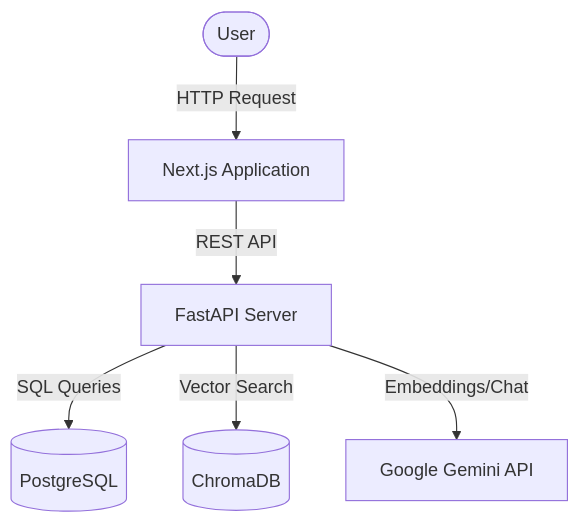
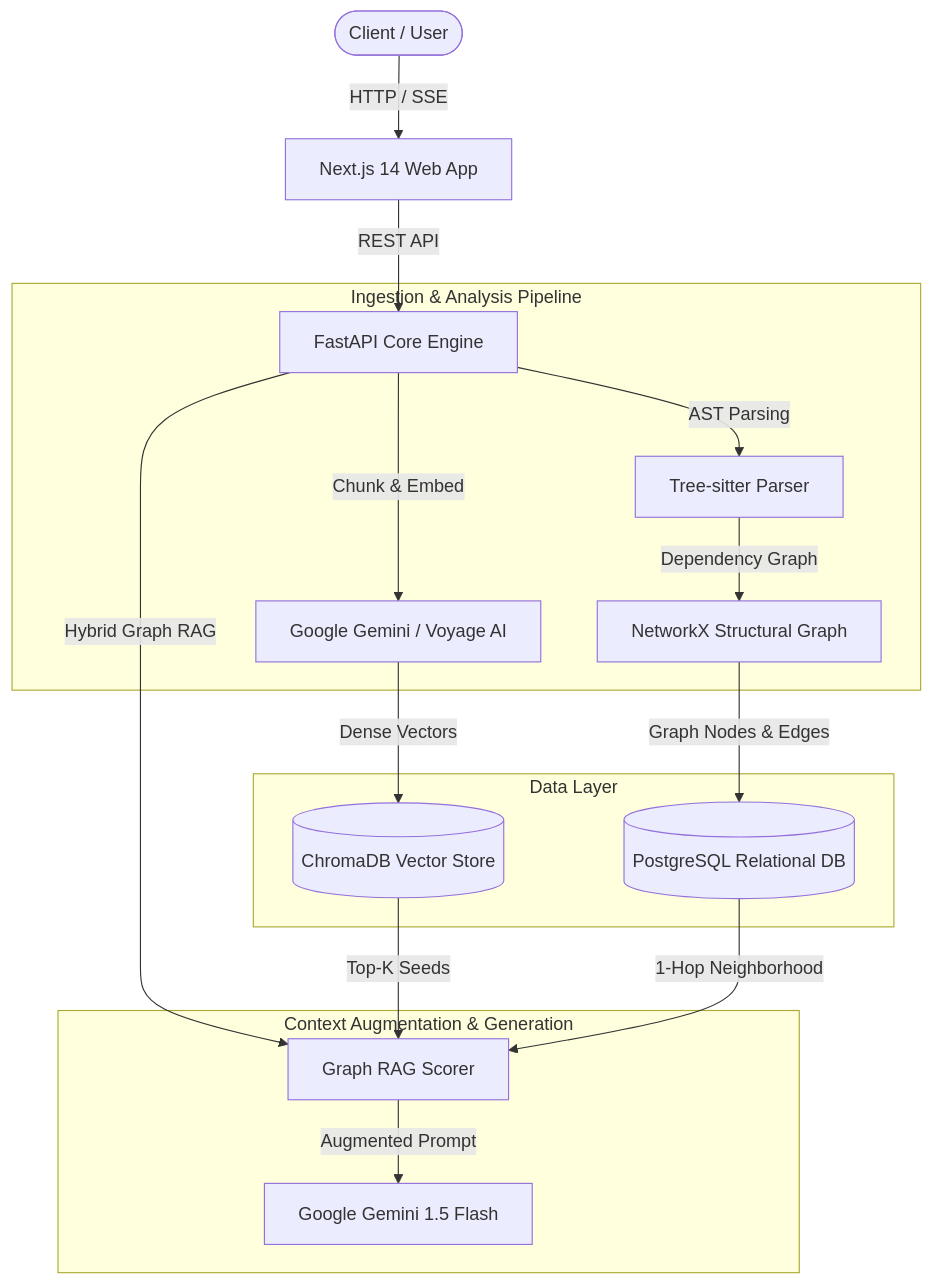
The diagram in README.md (Gaurav711cgu/Codesage), drawn with Mermaid before and after one commit. The commit also changed other lines of this file, not shown here.

Commit message:
docs: update README with elite production formatting, architecture diagram, real tech stack badges, and zero emojis

````diff
--- a/README.md
+++ b/README.md
@@ -68,8 +51,23 @@
 ```mermaid
 graph TD
-    User([User]) --> |HTTP Request| Frontend[Next.js Application]
-    Frontend --> |REST API| Backend[FastAPI Server]
-    Backend --> |SQL Queries| DB[(PostgreSQL)]
-    Backend --> |Vector Search| Chroma[(ChromaDB)]
-    Backend --> |Embeddings/Chat| Gemini[Google Gemini API]
+    User([Client / User]) -->|HTTP / SSE| Frontend[Next.js 14 Web App]
+    Frontend -->|REST API| Backend[FastAPI Core Engine]
+    
+    subgraph Ingestion & Analysis Pipeline
+        Backend -->|AST Parsing| TreeSitter[Tree-sitter Parser]
+        TreeSitter -->|Dependency Graph| CallGraph[NetworkX Structural Graph]
+        Backend -->|Chunk & Embed| Embedder[Google Gemini / Voyage AI]
+    end
+    
+    subgraph Data Layer
+        Embedder -->|Dense Vectors| ChromaDB[(ChromaDB Vector Store)]
+        CallGraph -->|Graph Nodes & Edges| Postgres[(PostgreSQL Relational DB)]
+    end
+    
+    subgraph Context Augmentation & Generation
+        Backend -->|Hybrid Graph RAG| RAGEngine[Graph RAG Scorer]
+        ChromaDB -->|Top-K Seeds| RAGEngine
+        Postgres -->|1-Hop Neighborhood| RAGEngine
+        RAGEngine -->|Augmented Prompt| GeminiAPI[Google Gemini 1.5 Flash]
+    end
 ```
````
